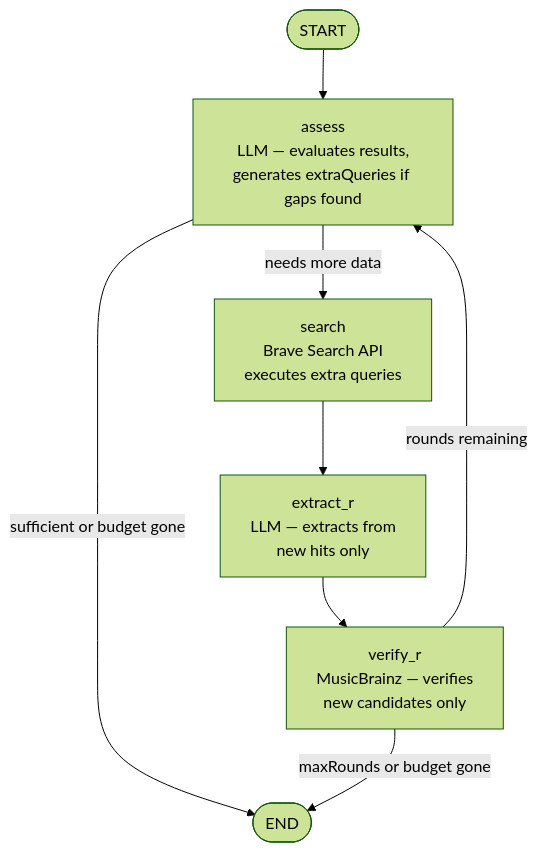
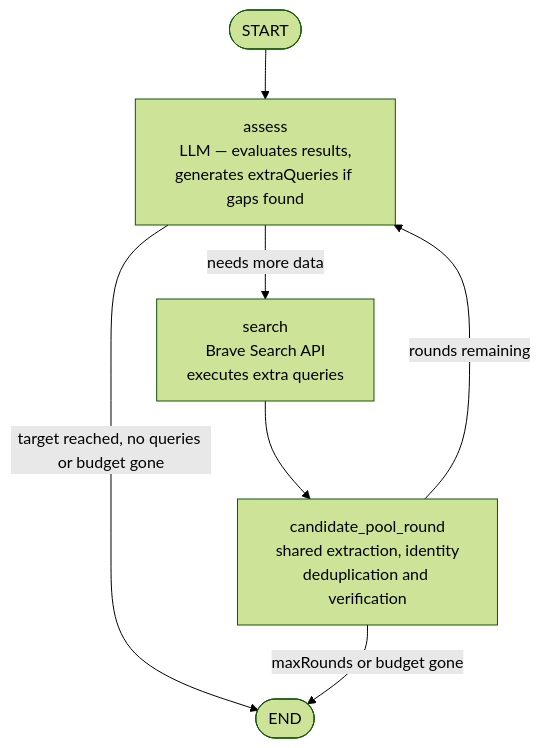
One commit to eikrad/bandsearch-app changed the fourth of 6 diagrams in docs/architecture/ARCHITECTURE.md. Above: the diagram before and after it, drawn with Mermaid (forest theme). The commit also changed other lines of this file and 8 other files, not shown here.

First line of the commit message:
feat: deepen candidate pool rounds

````diff
--- a/docs/architecture/ARCHITECTURE.md
+++ b/docs/architecture/ARCHITECTURE.md
@@ -229,10 +226,9 @@
 ```mermaid
 flowchart TD
     subSTART(["START"]) --> assess["assess\nLLM — evaluates results,\ngenerates extraQueries if gaps found"]
-    assess -->|"sufficient or budget gone"| subEND(["END"])
+    assess -->|"target reached, no queries or budget gone"| subEND(["END"])
     assess -->|"needs more data"| search["search\nBrave Search API\nexecutes extra queries"]
-    search --> extract_r["extract_r\nLLM — extracts from\nnew hits only"]
-    extract_r --> verify_r["verify_r\nMusicBrainz — verifies\nnew candidates only"]
-    verify_r -->|"maxRounds or budget gone"| subEND
-    verify_r -->|"rounds remaining"| assess
+    search --> candidate_round["candidate_pool_round\nshared extraction, identity\ndeduplication and verification"]
+    candidate_round -->|"maxRounds or budget gone"| subEND
+    candidate_round -->|"rounds remaining"| assess
 ```
````
